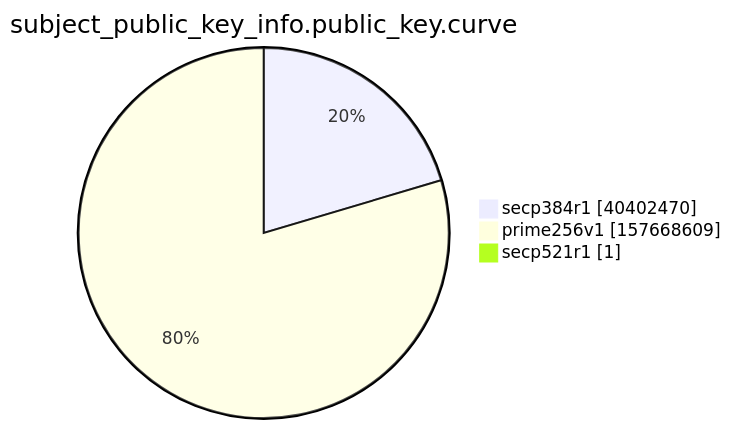
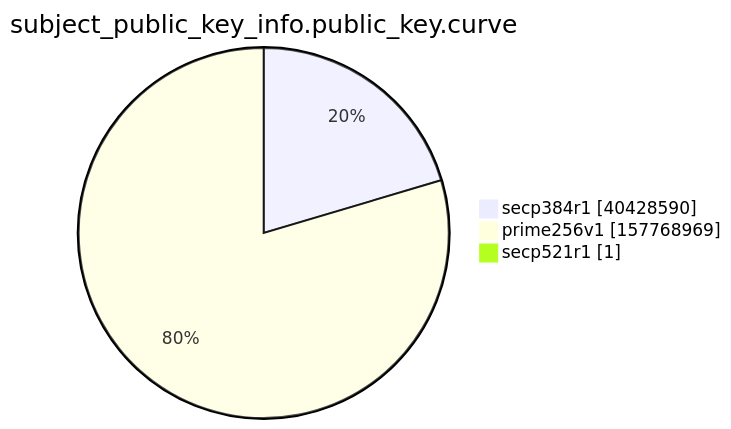
The ninth of 15 diagrams in xenon2022/README.md (christiankrug/ctmonitor_visualization), drawn with Mermaid before and after one commit. The commit also changed other lines of this file, not shown here.

````diff
--- a/xenon2022/README.md
+++ b/xenon2022/README.md
@@ -2866,7 +2866,7 @@
 ```mermaid
 pie showData
 title subject_public_key_info.public_key.curve
-"secp384r1" :40402470
-"prime256v1" :157668609
+"secp384r1" :40428590
+"prime256v1" :157768969
 "secp521r1" :1
 ```
````
